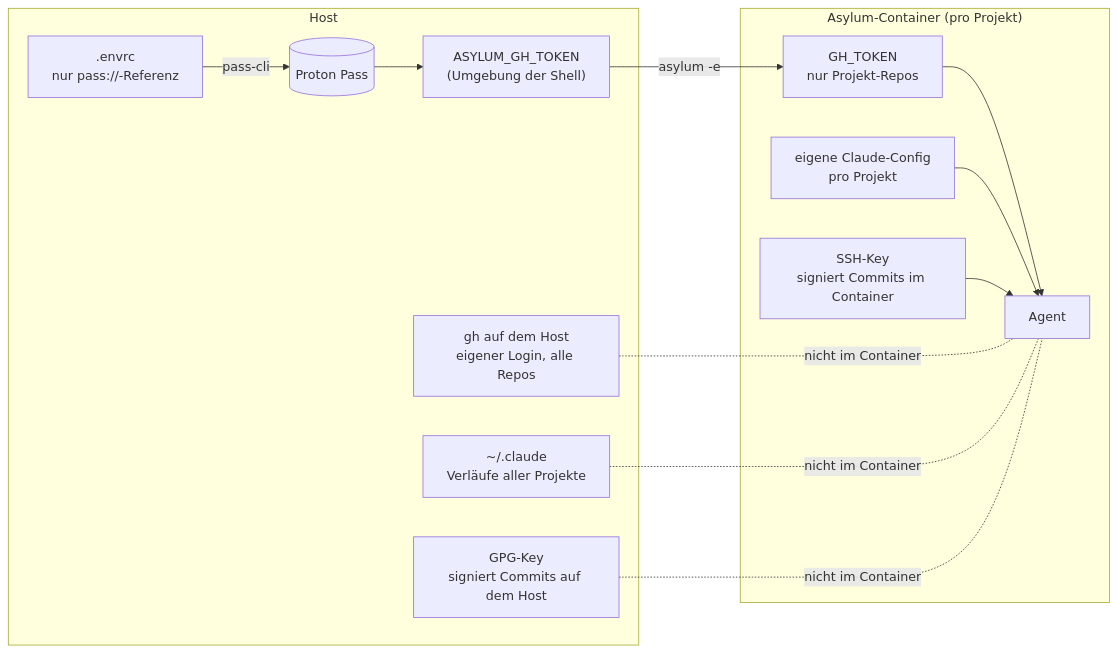
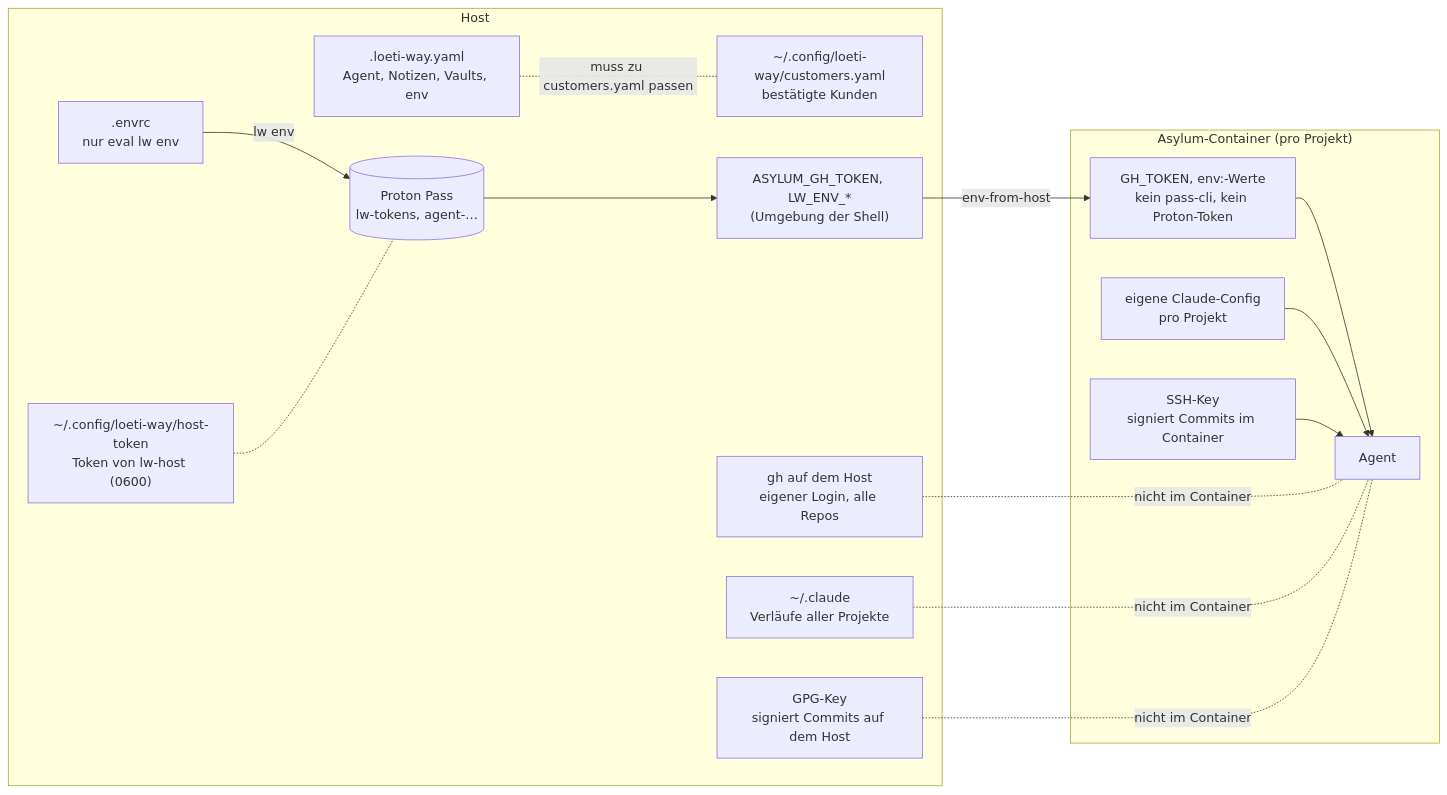
Before and after one commit to loeti/agent-skills: the second of 2 diagrams in docs/asylum-setup.md, drawn with Mermaid. The commit also changed other lines of this file and 4 other files, not shown here.

First line of the commit message:
asylum-credentials: tokens via lw env, no pass-cli in the container

````diff
--- a/docs/asylum-setup.md
+++ b/docs/asylum-setup.md
@@ -51,26 +60,31 @@
 ```mermaid
 flowchart LR
     subgraph Host
-        PP[(Proton Pass)]
-        ENVRC[".envrc<br/>nur pass://-Referenz"]
-        ENV["ASYLUM_GH_TOKEN<br/>(Umgebung der Shell)"]
+        PP[("Proton Pass<br/>lw-tokens, agent-…")]
+        HT["~/.config/loeti-way/host-token<br/>Token von lw-host (0600)"]
+        CUST["~/.config/loeti-way/customers.yaml<br/>bestätigte Kunden"]
+        LWY[".loeti-way.yaml<br/>Agent, Notizen, Vaults, env"]
+        ENVRC[".envrc<br/>nur eval lw env"]
+        ENV["ASYLUM_GH_TOKEN, LW_ENV_*<br/>(Umgebung der Shell)"]
         GHHOST["gh auf dem Host<br/>eigener Login, alle Repos"]
         CLAUDEHOST["~/.claude<br/>Verläufe aller Projekte"]
         GPG["GPG-Key<br/>signiert Commits auf dem Host"]
     end
     subgraph Container["Asylum-Container (pro Projekt)"]
-        TOKEN["GH_TOKEN<br/>nur Projekt-Repos"]
+        TOKEN["GH_TOKEN, env:-Werte<br/>kein pass-cli, kein Proton-Token"]
         AGENT[Agent]
         CFG["eigene Claude-Config<br/>pro Projekt"]
         SSHKEY["SSH-Key<br/>signiert Commits im Container"]
     end
-    ENVRC -- pass-cli --> PP
+    ENVRC -- "lw env" --> PP
+    HT -.- PP
+    LWY -.-|"muss zu customers.yaml passen"| CUST
     PP --> ENV
-    ENV -- "asylum -e" --> TOKEN
+    ENV -- env-from-host --> TOKEN
     TOKEN --> AGENT
     CFG --> AGENT
     SSHKEY --> AGENT
     GHHOST -.-|nicht im Container| AGENT
     CLAUDEHOST -.-|nicht im Container| AGENT
     GPG -.-|nicht im Container| AGENT
 ```
````
